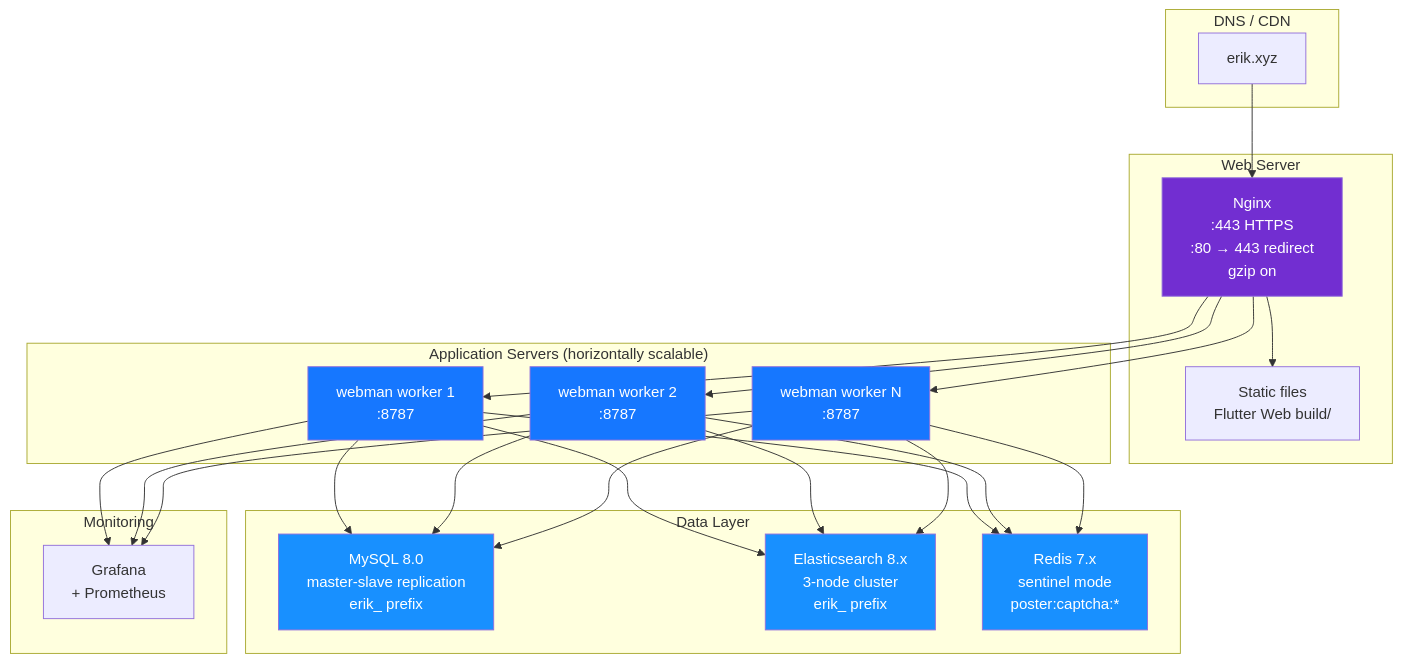
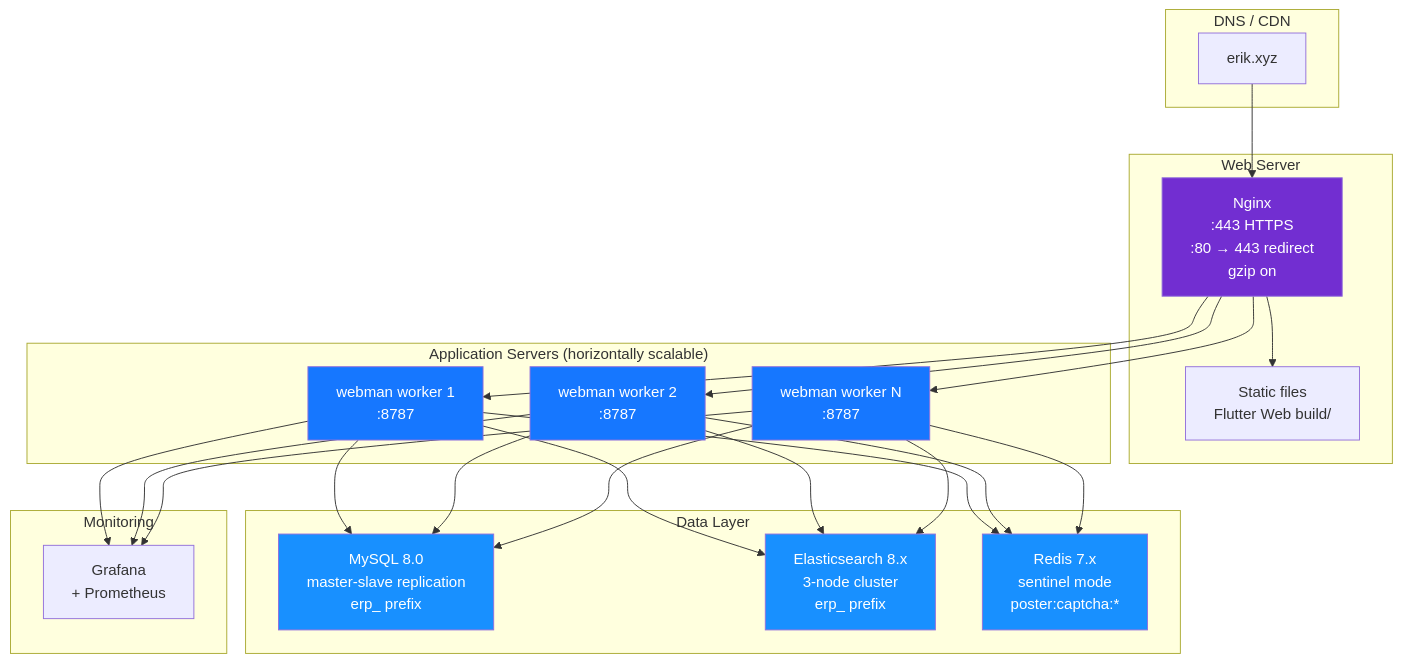
Before and after one commit to erikwang2013/erp-php: diagram 14 of 20 in docs/i18n/en/ARCHITECTURE.md, drawn with Mermaid. The commit also changed other lines of this file and 449 other files, not shown here.

First line of the commit message:
全局命名统一：数据库 erp、表前缀 erp_、Redis 前缀 erp:（原 erik_/open_admin）

````diff
--- a/docs/i18n/en/ARCHITECTURE.md
+++ b/docs/i18n/en/ARCHITECTURE.md
@@ -660,43 +660,43 @@
 ```mermaid
 flowchart TB
     subgraph "DNS / CDN"
         DNS["erik.xyz"]
     end
 
     subgraph "Web Server"
         NGX["Nginx<br/>:443 HTTPS<br/>:80 → 443 redirect<br/>gzip on"]
         STA["Static files<br/>Flutter Web build/"]
     end
 
     subgraph "Application Servers (horizontally scalable)"
         WM1["webman worker 1<br/>:8787"]
         WM2["webman worker 2<br/>:8787"]
         WM3["webman worker N<br/>:8787"]
     end
 
     subgraph "Data Layer"
-        MYSQL["MySQL 8.0<br/>master-slave replication<br/>erik_ prefix"]
-        ES["Elasticsearch 8.x<br/>3-node cluster<br/>erik_ prefix"]
+        MYSQL["MySQL 8.0<br/>master-slave replication<br/>erp_ prefix"]
+        ES["Elasticsearch 8.x<br/>3-node cluster<br/>erp_ prefix"]
         REDIS["Redis 7.x<br/>sentinel mode<br/>poster:captcha:*"]
     end
 
     subgraph "Monitoring"
         MON["Grafana<br/>+ Prometheus"]
     end
 
     DNS --> NGX
     NGX --> STA
     NGX --> WM1 & WM2 & WM3
     WM1 & WM2 & WM3 --> MYSQL
     WM1 & WM2 & WM3 --> ES
     WM1 & WM2 & WM3 --> REDIS
     WM1 & WM2 & WM3 --> MON
 
     style NGX fill:#722ED1,color:#fff
     style WM1 fill:#1677FF,color:#fff
     style WM2 fill:#1677FF,color:#fff
     style WM3 fill:#1677FF,color:#fff
     style MYSQL fill:#1890FF,color:#fff
     style ES fill:#1890FF,color:#fff
     style REDIS fill:#1890FF,color:#fff
 ```
````
